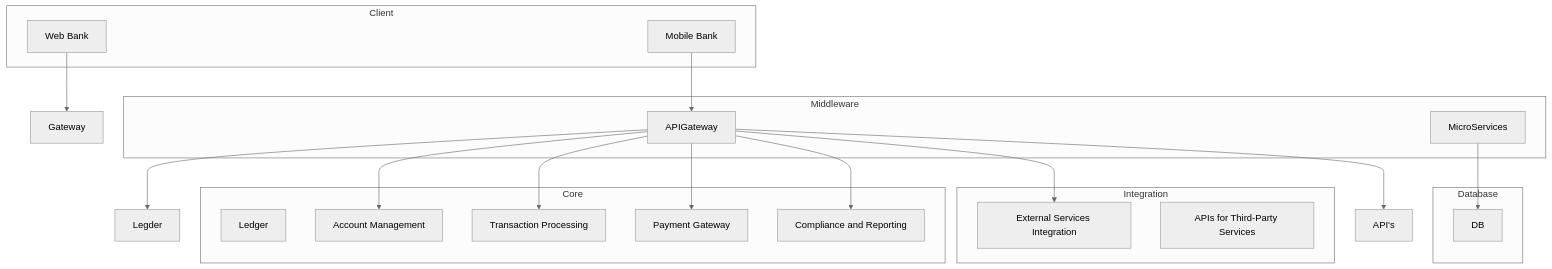
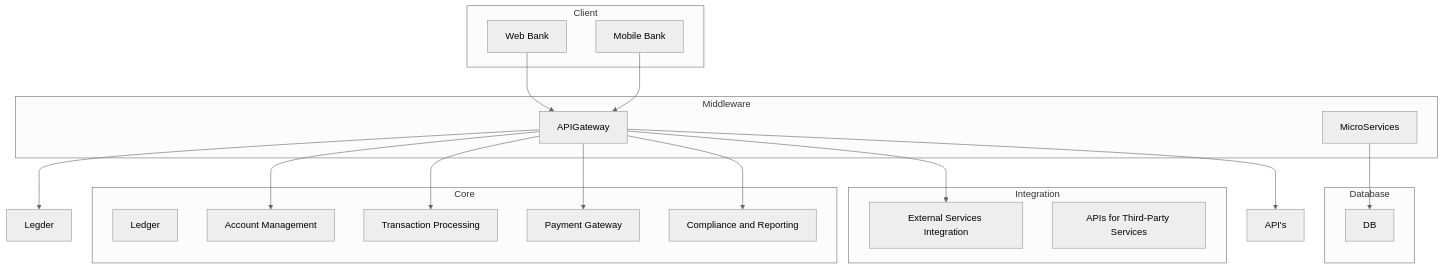
Before and after one commit to LucasAssisPereira/Banco: the diagram in docs/components.md, drawn with Mermaid (neutral theme).

Commit message:
[docs] fix arrow pointing

````diff
--- a/docs/components.md
+++ b/docs/components.md
@@ -12,43 +12,43 @@
 ```mermaid
 graph TD
   subgraph Client
       WebApp[Web Bank]
       MobileApp[Mobile Bank]
   end
 
   subgraph Core
       Ledger[Ledger]
       AccountManagement[Account Management]
       TransactionProcessing[Transaction Processing]
       PaymentGateway[Payment Gateway]
       ComplianceReporting[Compliance and Reporting]
   end
 
   subgraph Middleware
       APIGateway[APIGateway]
       Microservices[MicroServices]
   end
 
   subgraph Database
       Postgres[DB]
   end
 
   subgraph Integration
       ExternalServices[External Services Integration]
       APIs[APIs for Third-Party Services]
   end
 
-  WebApp --> Gateway
+  WebApp --> APIGateway
   MobileApp --> APIGateway
 
   APIGateway --> Legder
   APIGateway --> AccountManagement
   APIGateway --> TransactionProcessing
   APIGateway --> PaymentGateway
   APIGateway --> ComplianceReporting
 
   Microservices --> Postgres
 
   APIGateway --> ExternalServices
   APIGateway --> API's
 ```
````
